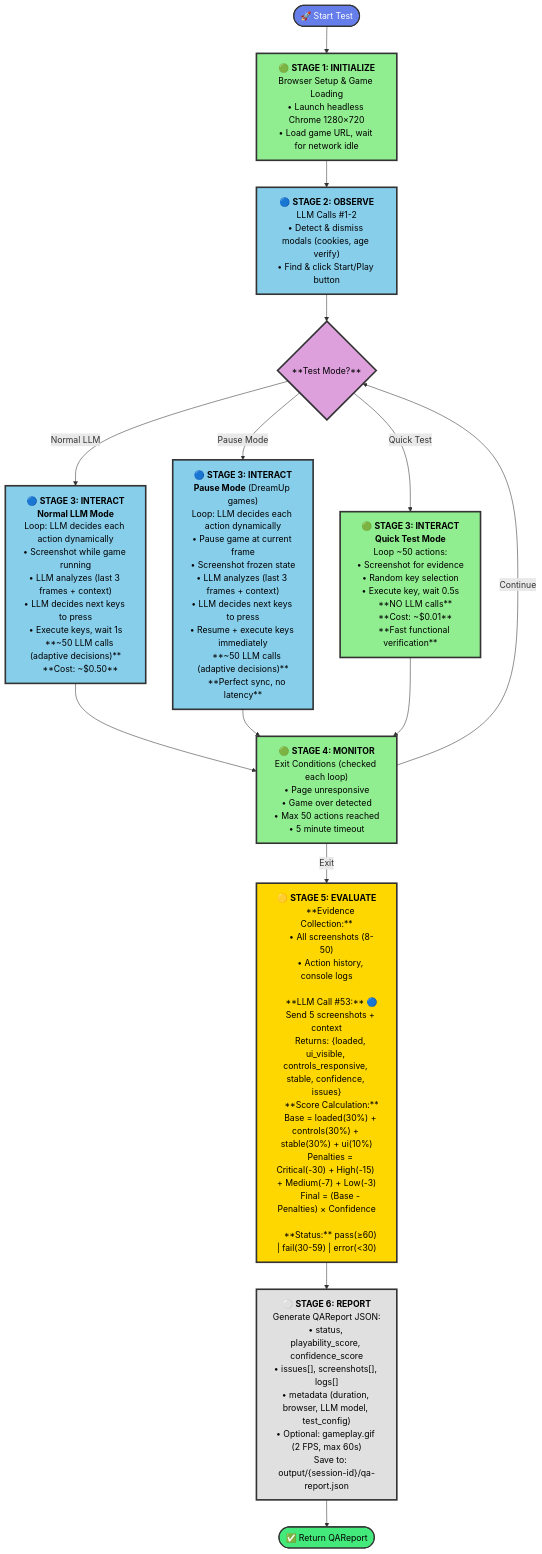
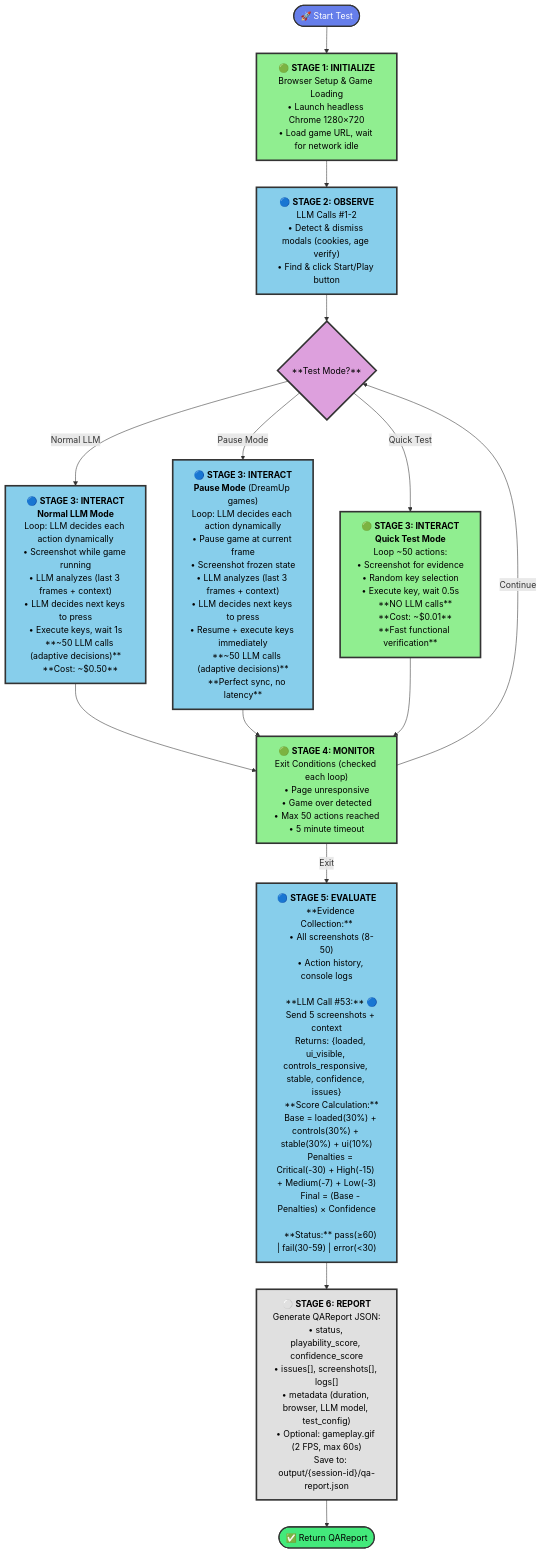
Before and after one commit to karinje/dreamup: the diagram in docs/agent_flow_diagram.md, drawn with Mermaid. The commit also changed 4 other files, not shown here.

First line of the commit message:
Update quick test timeout to 60s and fix EVALUATE node color in flow diagram

```diff
--- a/docs/agent_flow_diagram.md
+++ b/docs/agent_flow_diagram.md
@@ -67,7 +67,7 @@
     S4 -->|Continue| ModeDecision
     S4 -->|Exit| S5
     
-    S5["`🟡 **STAGE 5: EVALUATE**
+    S5["`🔵 **STAGE 5: EVALUATE**
     
     **Evidence Collection:**
     • All screenshots (8-50)
@@ -104,7 +104,7 @@
     style S3Pause fill:#87CEEB,color:#000,stroke:#333,stroke-width:3px
     style S3Quick fill:#90EE90,color:#000,stroke:#333,stroke-width:3px
     style S4 fill:#90EE90,color:#000,stroke:#333,stroke-width:3px
-    style S5 fill:#FFD700,color:#000,stroke:#333,stroke-width:3px
+    style S5 fill:#87CEEB,color:#000,stroke:#333,stroke-width:3px
     style S6 fill:#E0E0E0,color:#000,stroke:#333,stroke-width:3px
     style ModeDecision fill:#DDA0DD,color:#000,stroke:#333,stroke-width:3px
     style Start fill:#667eea,color:#fff,stroke:#333,stroke-width:2px
```
